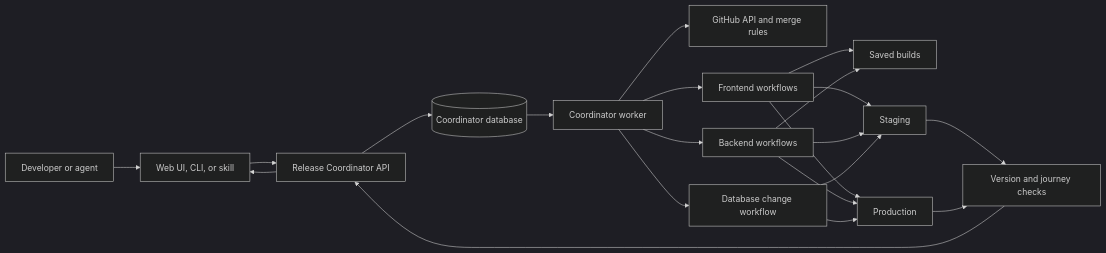
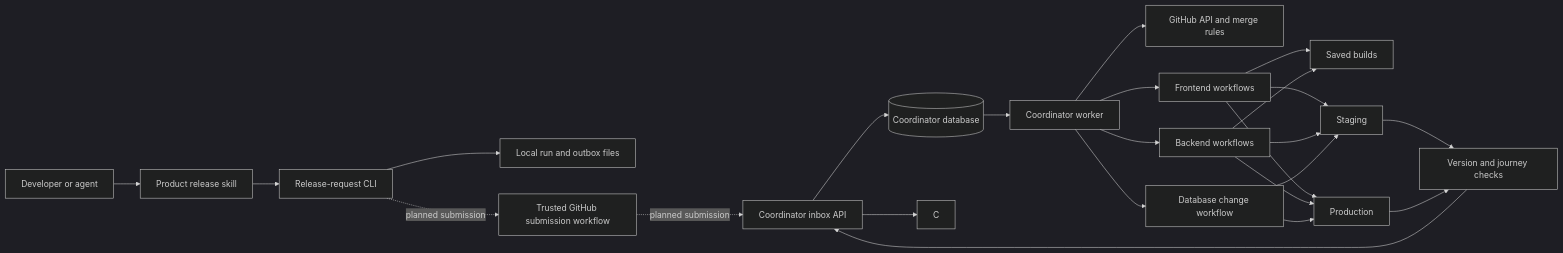
The diagram in README.md (6529-Collections/6529-release-coordinator), drawn with Mermaid (dark theme) before and after one commit. The commit also changed other lines of this file and 4 other files, not shown here.

Commit message:
docs: define trusted inbox submission path

````diff
--- a/README.md
+++ b/README.md
@@ -173,25 +180,28 @@
 ```mermaid
 flowchart LR
-    U[Developer or agent] --> C[Web UI, CLI, or skill]
-    C --> API[Release Coordinator API]
+    U[Developer or agent] --> S[Product release skill]
+    S --> CLI[Release-request CLI]
+    CLI --> LOCAL[Local run and outbox files]
+    CLI -. planned submission .-> GHIN[Trusted GitHub submission workflow]
+    GHIN -. planned submission .-> API[Coordinator inbox API]
     API --> DB[(Coordinator database)]
     DB --> W[Coordinator worker]
 
     W --> GH[GitHub API and merge rules]
     W --> FE[Frontend workflows]
     W --> BE[Backend workflows]
     W --> DBC[Database change workflow]
     FE --> ART[Saved builds]
     BE --> ART
     FE --> STG[Staging]
     BE --> STG
     FE --> PROD[Production]
     BE --> PROD
     DBC --> STG
     DBC --> PROD
 
     STG --> E2E[Version and journey checks]
     PROD --> E2E
     E2E --> API
     API --> C
 ```
````
